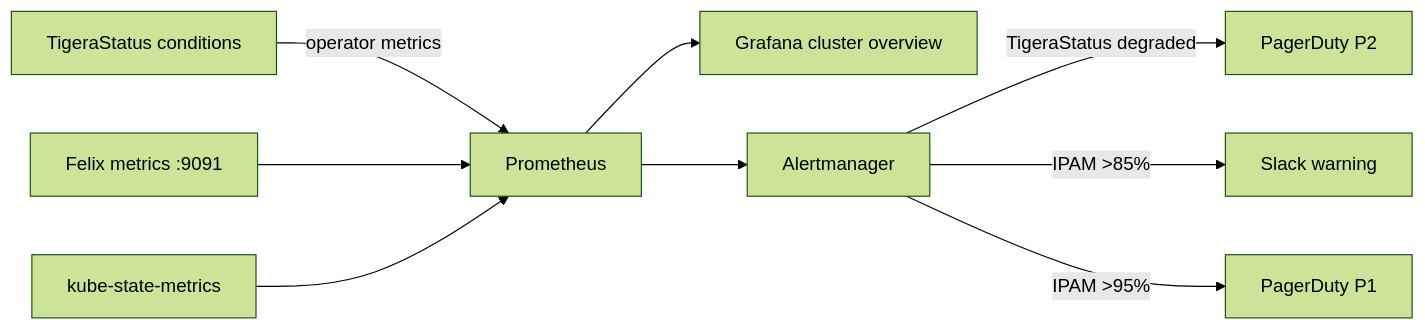
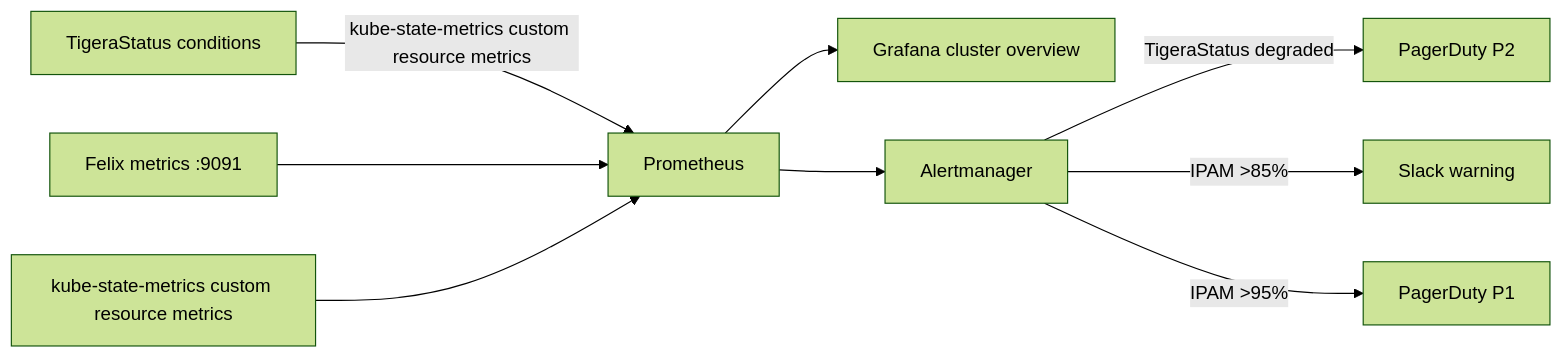
One commit to OneUptime/blog changed the diagram in posts/2026-03-13-monitor-calico-cluster-diagnostics/README.md. Above: the diagram before and after it, drawn with Mermaid (forest theme). The commit also changed other lines of this file and 2 other files, not shown here.

````diff
--- a/posts/2026-03-13-monitor-calico-cluster-diagnostics/README.md
+++ b/posts/2026-03-13-monitor-calico-cluster-diagnostics/README.md
@@ -76,11 +85,11 @@
 ```mermaid
 flowchart LR
-    A[TigeraStatus conditions] -->|operator metrics| B[Prometheus]
+    A[TigeraStatus conditions] -->|kube-state-metrics custom resource metrics| B[Prometheus]
     C[Felix metrics :9091] --> B
-    D[kube-state-metrics] --> B
+    D[kube-state-metrics custom resource metrics] --> B
     B --> E[Grafana cluster overview]
     B --> F[Alertmanager]
     F -->|TigeraStatus degraded| G[PagerDuty P2]
     F -->|IPAM >85%| H[Slack warning]
     F -->|IPAM >95%| I[PagerDuty P1]
 ```
````
